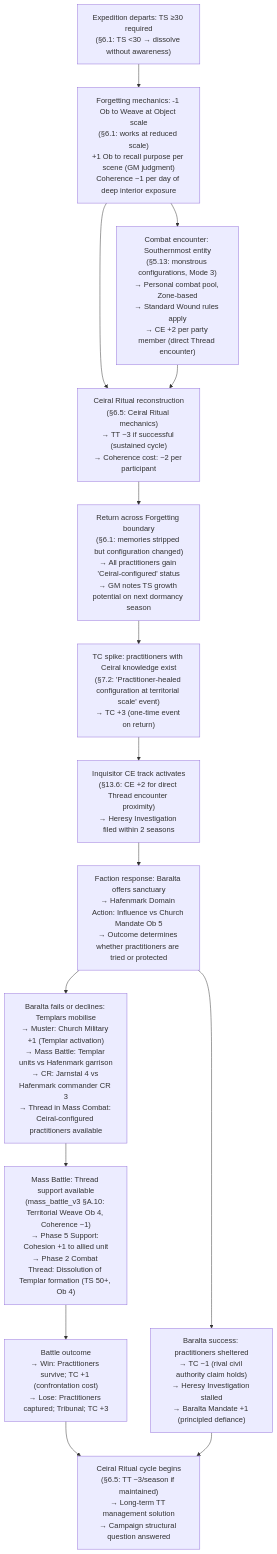
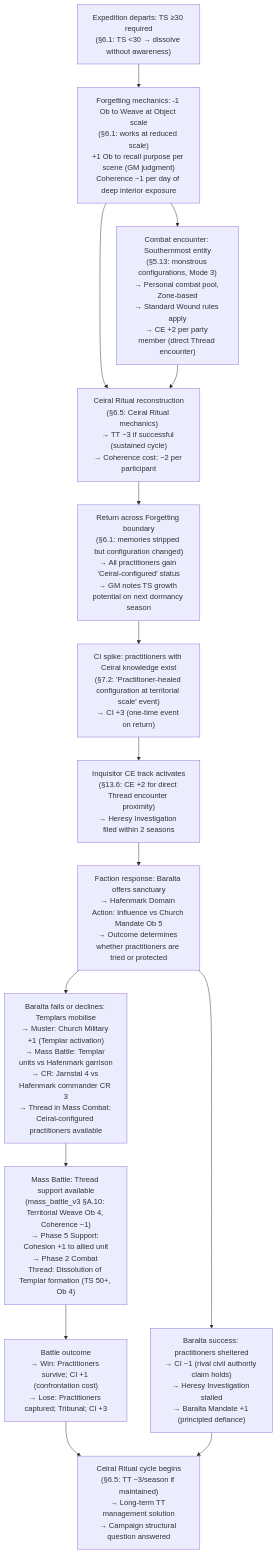
Before and after one commit to jordanelias/ttrpg: the third of 5 diagrams in designs/arcs/arcs_31_35.md, drawn with Mermaid. The commit also changed other lines of this file and 59 other files, not shown here.

````diff
--- a/designs/arcs/arcs_31_35.md
+++ b/designs/arcs/arcs_31_35.md
@@ -189,31 +189,31 @@
 ```mermaid
 flowchart TD
     A["Expedition departs: TS ≥30 required\n(§6.1: TS <30 → dissolve without awareness)"]
     B["Forgetting mechanics: -1 Ob to Weave at Object scale\n(§6.1: works at reduced scale)\n+1 Ob to recall purpose per scene (GM judgment)\nCoherence −1 per day of deep interior exposure"]
     C["Combat encounter: Southernmost entity\n(§5.13: monstrous configurations, Mode 3)\n→ Personal combat pool, Zone-based\n→ Standard Wound rules apply\n→ CE +2 per party member (direct Thread encounter)"]
     D["Ceiral Ritual reconstruction\n(§6.5: Ceiral Ritual mechanics)\n→ TT −3 if successful (sustained cycle)\n→ Coherence cost: −2 per participant"]
     E["Return across Forgetting boundary\n(§6.1: memories stripped but configuration changed)\n→ All practitioners gain 'Ceiral-configured' status\n→ GM notes TS growth potential on next dormancy season"]
-    F["TC spike: practitioners with Ceiral knowledge exist\n(§7.2: 'Practitioner-healed configuration at territorial scale' event)\n→ TC +3 (one-time event on return)"]
+    F["CI spike: practitioners with Ceiral knowledge exist\n(§7.2: 'Practitioner-healed configuration at territorial scale' event)\n→ CI +3 (one-time event on return)"]
     G["Inquisitor CE track activates\n(§13.6: CE +2 for direct Thread encounter proximity)\n→ Heresy Investigation filed within 2 seasons"]
     H["Faction response: Baralta offers sanctuary\n→ Hafenmark Domain Action: Influence vs Church Mandate Ob 5\n→ Outcome determines whether practitioners are tried or protected"]
-    I1["Baralta success: practitioners sheltered\n→ TC −1 (rival civil authority claim holds)\n→ Heresy Investigation stalled\n→ Baralta Mandate +1 (principled defiance)"]
+    I1["Baralta success: practitioners sheltered\n→ CI −1 (rival civil authority claim holds)\n→ Heresy Investigation stalled\n→ Baralta Mandate +1 (principled defiance)"]
     I2["Baralta fails or declines: Templars mobilise\n→ Muster: Church Military +1 (Templar activation)\n→ Mass Battle: Templar units vs Hafenmark garrison\n→ CR: Jarnstal 4 vs Hafenmark commander CR 3\n→ Thread in Mass Combat: Ceiral-configured practitioners available"]
     J["Mass Battle: Thread support available\n(mass_battle_v3 §A.10: Territorial Weave Ob 4, Coherence −1)\n→ Phase 5 Support: Cohesion +1 to allied unit\n→ Phase 2 Combat Thread: Dissolution of Templar formation (TS 50+, Ob 4)"]
-    K["Battle outcome\n→ Win: Practitioners survive; TC +1 (confrontation cost)\n→ Lose: Practitioners captured; Tribunal; TC +3"]
+    K["Battle outcome\n→ Win: Practitioners survive; CI +1 (confrontation cost)\n→ Lose: Practitioners captured; Tribunal; CI +3"]
     L["Ceiral Ritual cycle begins\n(§6.5: TT −3/season if maintained)\n→ Long-term TT management solution\n→ Campaign structural question answered"]
 
     A --> B
     B --> C
     B --> D
     C --> D
     D --> E
     E --> F
     F --> G
     G --> H
     H --> I1
     H --> I2
     I2 --> J
     J --> K
     K --> L
     I1 --> L
 ```
````
